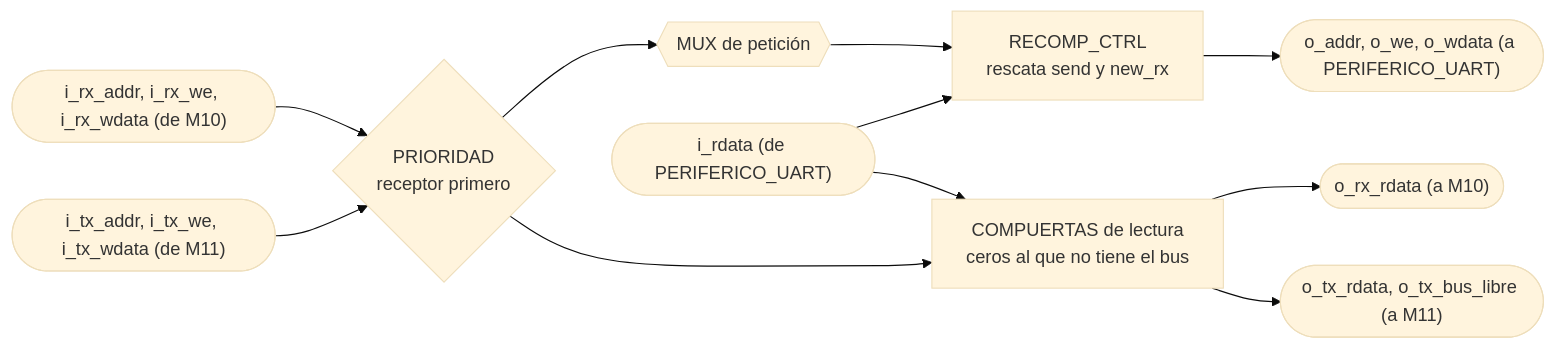
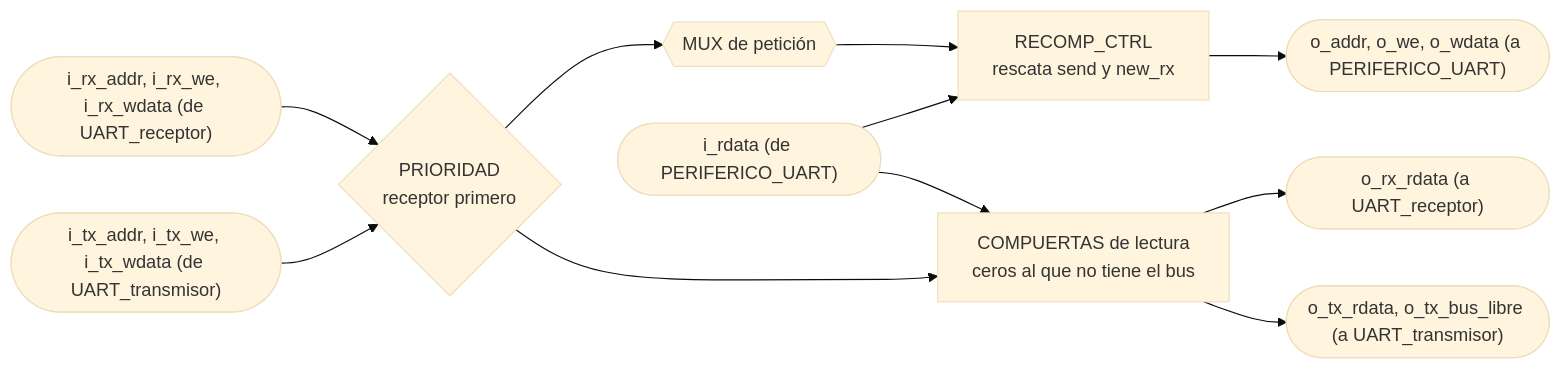
The first of 2 diagrams in docs/diseño/modulos/ARBITRO_UART.md (Taller-de-diseno-digital-GR01/Proyecto-3-Batalla-Naval), drawn with Mermaid (base theme) before and after one commit. The commit also changed other lines of this file and 3 other files, not shown here.

Commit message:
UART_receptor.md y UART_transmisor.md sin el prefijo de módulo del P2

````diff
--- a/docs/diseño/modulos/ARBITRO_UART.md
+++ b/docs/diseño/modulos/ARBITRO_UART.md
@@ -11,13 +11,13 @@
 ```mermaid
 flowchart LR
-    IN_RX(["i_rx_addr, i_rx_we, i_rx_wdata (de M10)"]) --> PRIO{"PRIORIDAD<br/>receptor primero"}
-    IN_TX(["i_tx_addr, i_tx_we, i_tx_wdata (de M11)"]) --> PRIO
+    IN_RX(["i_rx_addr, i_rx_we, i_rx_wdata (de UART_receptor)"]) --> PRIO{"PRIORIDAD<br/>receptor primero"}
+    IN_TX(["i_tx_addr, i_tx_we, i_tx_wdata (de UART_transmisor)"]) --> PRIO
     PRIO --> MUX_BUS{{"MUX de petición"}}
     IN_RD(["i_rdata (de PERIFERICO_UART)"]) --> RECOMP["RECOMP_CTRL<br/>rescata send y new_rx"]
     MUX_BUS --> RECOMP
     RECOMP --> OUT_BUS(["o_addr, o_we, o_wdata (a PERIFERICO_UART)"])
     IN_RD --> GATE["COMPUERTAS de lectura<br/>ceros al que no tiene el bus"]
     PRIO --> GATE
-    GATE --> OUT_RXD(["o_rx_rdata (a M10)"])
-    GATE --> OUT_TXD(["o_tx_rdata, o_tx_bus_libre (a M11)"])
+    GATE --> OUT_RXD(["o_rx_rdata (a UART_receptor)"])
+    GATE --> OUT_TXD(["o_tx_rdata, o_tx_bus_libre (a UART_transmisor)"])
 ```
````
